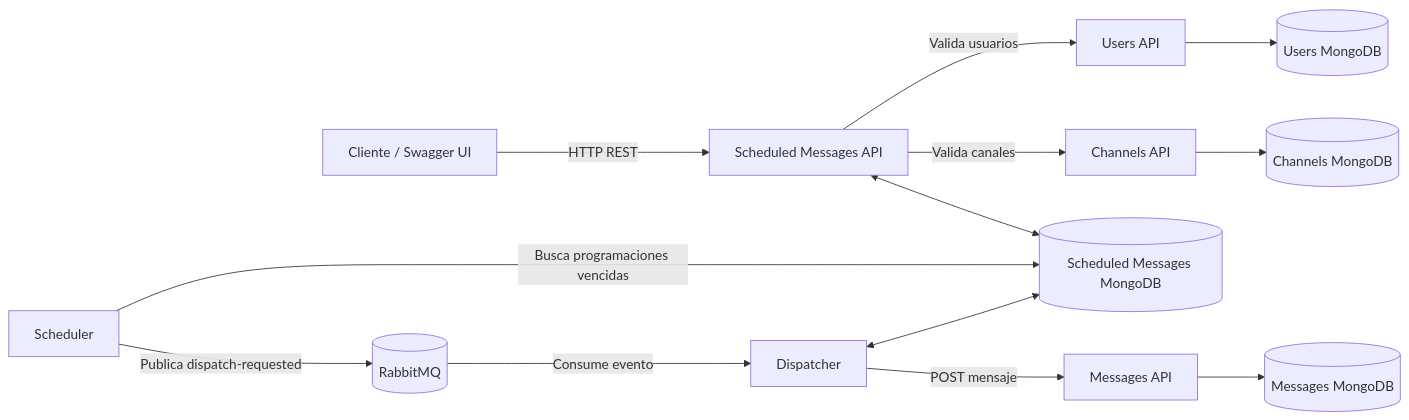
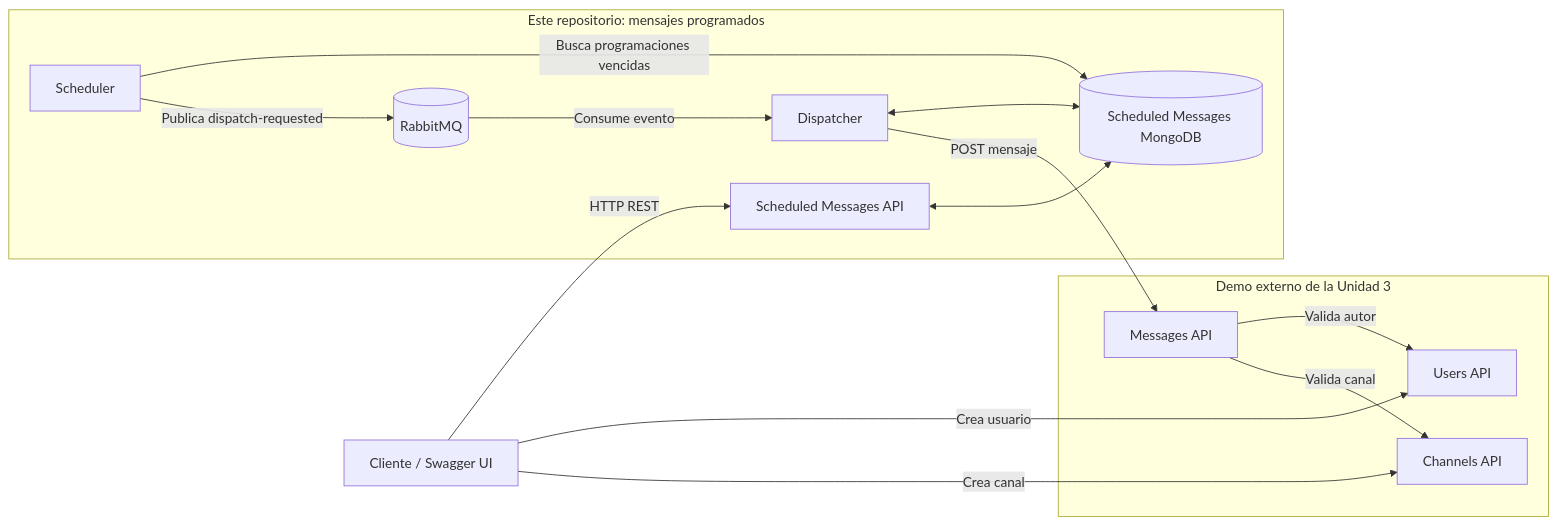
The diagram in README.md (Mati2F/T4_implementacion), drawn with Mermaid before and after one commit. The commit also changed other lines of this file, not shown here.

````diff
--- a/README.md
+++ b/README.md
@@ -29,17 +29,25 @@
 ```mermaid
 flowchart LR
-    Client[Cliente / Swagger UI] -->|HTTP REST| API[Scheduled Messages API]
-    API -->|Valida usuarios| Users[Users API]
-    API -->|Valida canales| Channels[Channels API]
-    API <--> DB[(Scheduled Messages MongoDB)]
+    Client[Cliente / Swagger UI]
 
-    Scheduler[Scheduler] -->|Busca programaciones vencidas| DB
-    Scheduler -->|Publica dispatch-requested| Rabbit[(RabbitMQ)]
-    Rabbit -->|Consume evento| Dispatcher[Dispatcher]
-    Dispatcher <--> DB
-    Dispatcher -->|POST mensaje| Messages[Messages API]
+    subgraph Extension[Este repositorio: mensajes programados]
+        API[Scheduled Messages API] <--> DB[(Scheduled Messages MongoDB)]
+        Scheduler[Scheduler] -->|Busca programaciones vencidas| DB
+        Scheduler -->|Publica dispatch-requested| Rabbit[(RabbitMQ)]
+        Rabbit -->|Consume evento| Dispatcher[Dispatcher]
+        Dispatcher <--> DB
+    end
 
-    Users --> UsersDB[(Users MongoDB)]
-    Channels --> ChannelsDB[(Channels MongoDB)]
-    Messages --> MessagesDB[(Messages MongoDB)]
+    subgraph Base[Demo externo de la Unidad 3]
+        Users[Users API]
+        Channels[Channels API]
+        Messages[Messages API]
+        Messages -->|Valida autor| Users
+        Messages -->|Valida canal| Channels
+    end
+
+    Client -->|Crea usuario| Users
+    Client -->|Crea canal| Channels
+    Client -->|HTTP REST| API
+    Dispatcher -->|POST mensaje| Messages
 ```
````
